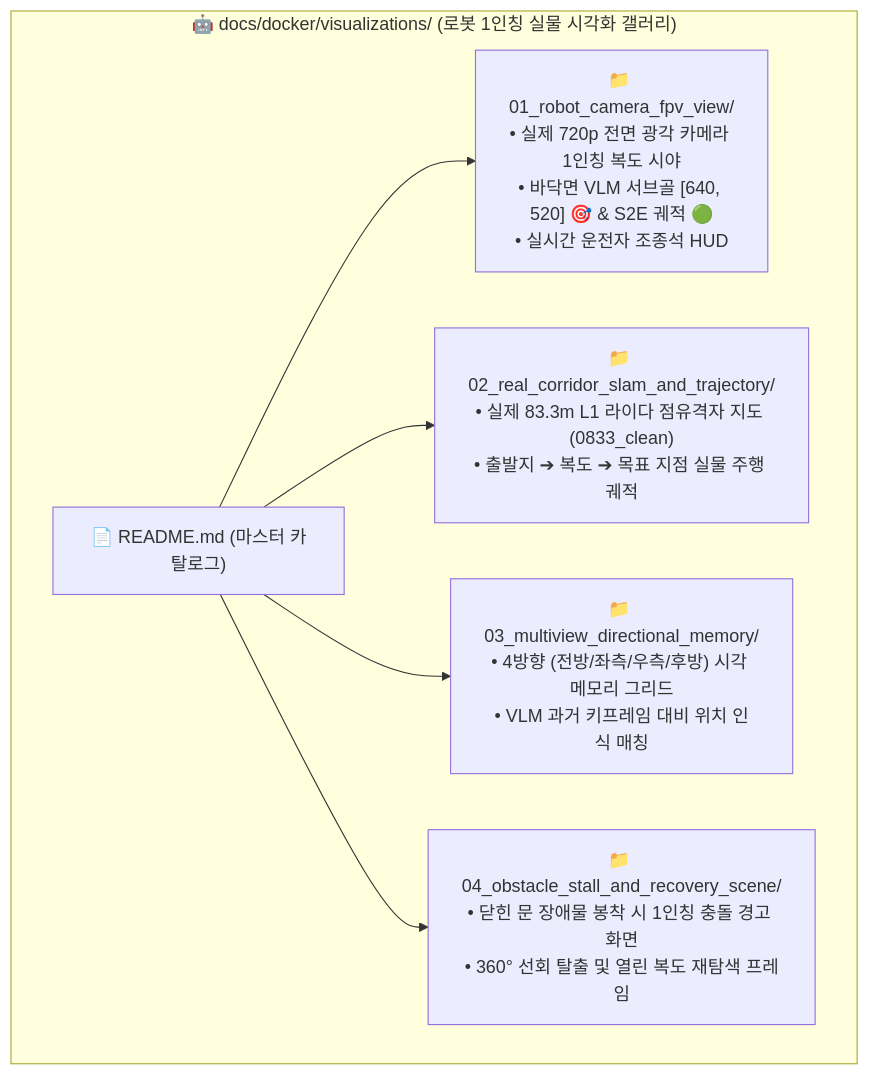
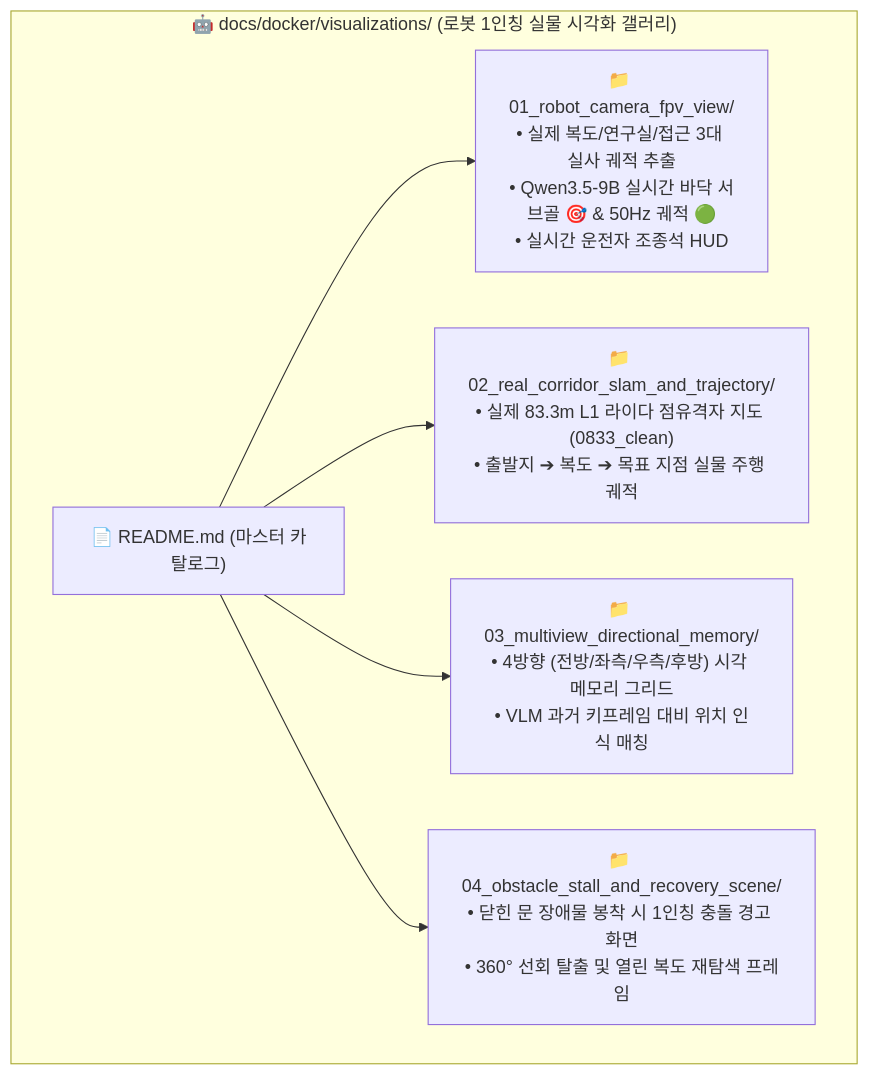
One commit to CGV-HGU/go2_ws changed the diagram in docs/docker/visualizations/README.md. Above: the diagram before and after it, drawn with Mermaid. The commit also changed other lines of this file and 21 other files, not shown here.

Commit message:
feat(vlm_trajectory): add VLM server trajectory extraction engine, camera modality benchmark, headless web streamer, and master implementation roadmap

````diff
--- a/docs/docker/visualizations/README.md
+++ b/docs/docker/visualizations/README.md
@@ -11,19 +12,19 @@
 ```mermaid
 graph TD
     subgraph "🤖 docs/docker/visualizations/ (로봇 1인칭 실물 시각화 갤러리)"
         M["📄 README.md (마스터 카탈로그)"]
         
-        D1["📁 01_robot_camera_fpv_view/<br/>• 실제 720p 전면 광각 카메라 1인칭 복도 시야<br/>• 바닥면 VLM 서브골 [640, 520] 🎯 & S2E 궤적 🟢<br/>• 실시간 운전자 조종석 HUD"]
+        D1["📁 01_robot_camera_fpv_view/<br/>• 실제 복도/연구실/접근 3대 실사 궤적 추출<br/>• Qwen3.5-9B 실시간 바닥 서브골 🎯 & 50Hz 궤적 🟢<br/>• 실시간 운전자 조종석 HUD"]
         
         D2["📁 02_real_corridor_slam_and_trajectory/<br/>• 실제 83.3m L1 라이다 점유격자 지도 (0833_clean)<br/>• 출발지 ➔ 복도 ➔ 목표 지점 실물 주행 궤적"]
         
         D3["📁 03_multiview_directional_memory/<br/>• 4방향 (전방/좌측/우측/후방) 시각 메모리 그리드<br/>• VLM 과거 키프레임 대비 위치 인식 매칭"]
         
         D4["📁 04_obstacle_stall_and_recovery_scene/<br/>• 닫힌 문 장애물 봉착 시 1인칭 충돌 경고 화면<br/>• 360° 선회 탈출 및 열린 복도 재탐색 프레임"]
     end
 
     M --> D1
     M --> D2
     M --> D3
     M --> D4
 ```
````
